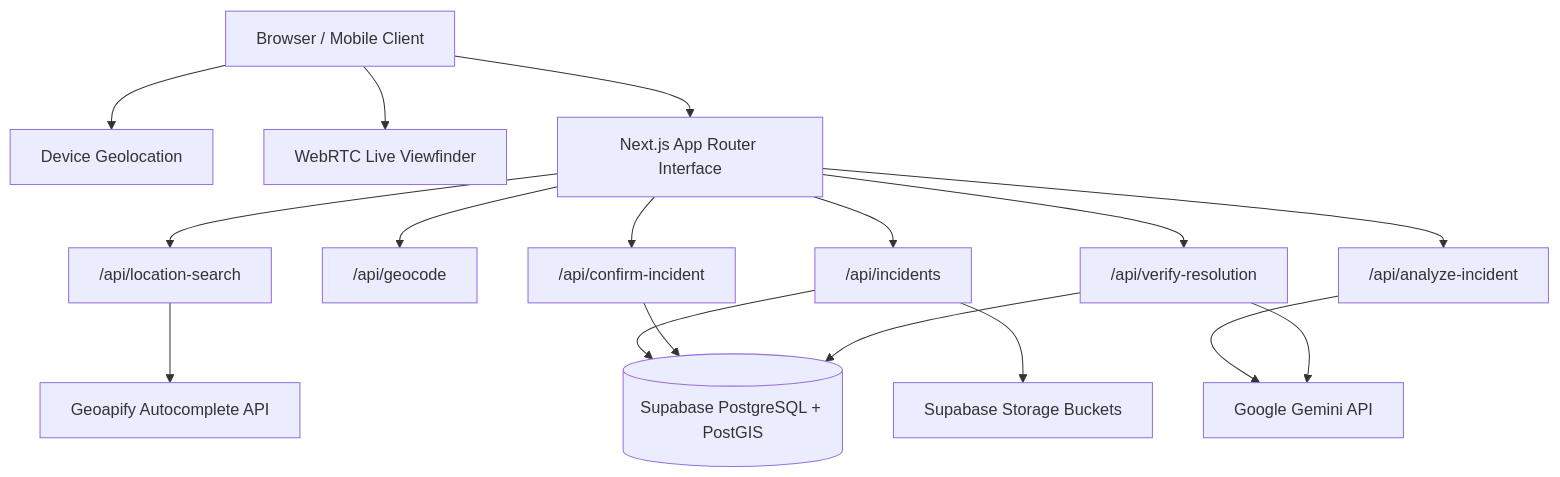
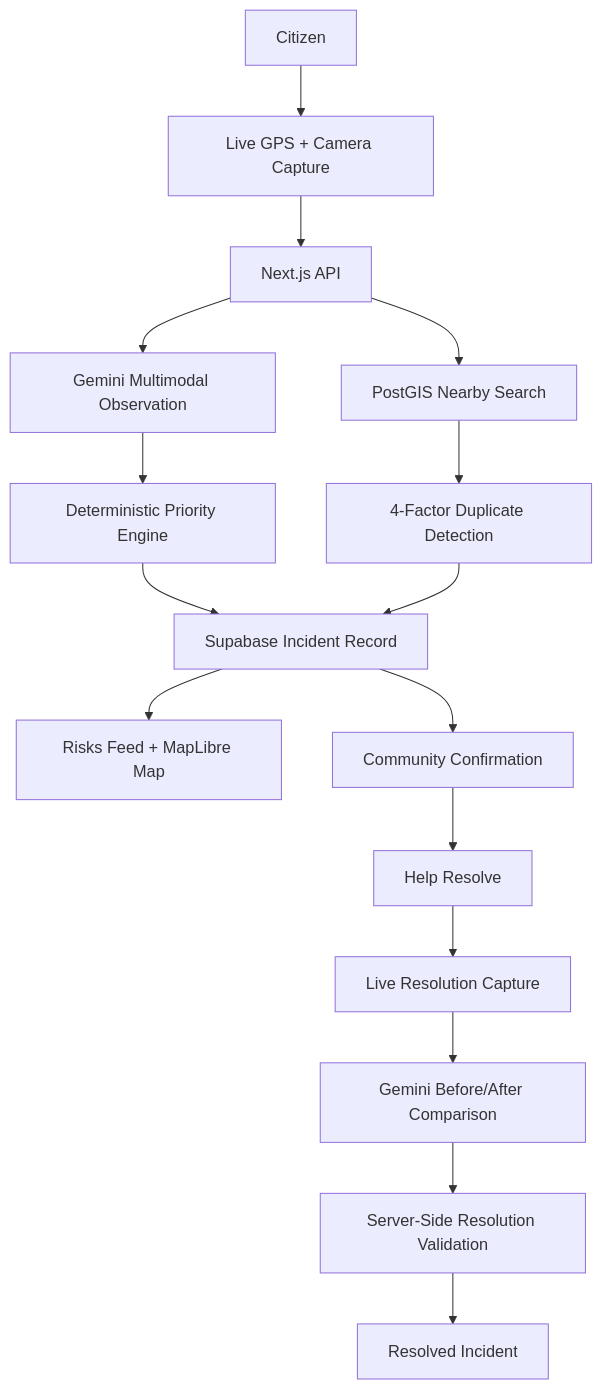
One commit to Itz-Nisanth/ProofFix changed the diagram in README.md. Above: the diagram before and after it, drawn with Mermaid. The commit also changed other lines of this file, not shown here.

Commit message:
Readme included

````diff
--- a/README.md
+++ b/README.md
@@ -112,22 +112,23 @@
 ```mermaid
 flowchart TD
-    Client["Browser / Mobile Client"] --> GPS["Device Geolocation"]
-    Client --> CAM["WebRTC Live Viewfinder"]
-    Client --> UI["Next.js App Router Interface"]
-
-    UI --> API_SEARCH["/api/location-search"]
-    UI --> API_GEO["/api/geocode"]
-    UI --> API_INC["/api/incidents"]
-    UI --> API_AI["/api/analyze-incident"]
-    UI --> API_CONF["/api/confirm-incident"]
-    UI --> API_RES["/api/verify-resolution"]
-
-    API_SEARCH --> GEOAPIFY["Geoapify Autocomplete API"]
-    API_AI --> GEMINI["Google Gemini API"]
-    API_RES --> GEMINI
-
-    API_INC --> SUPA_DB[("Supabase PostgreSQL + PostGIS")]
-    API_INC --> SUPA_STORAGE["Supabase Storage Buckets"]
-    API_CONF --> SUPA_DB
-    API_RES --> SUPA_DB
+    Citizen["Citizen"] --> Capture["Live GPS + Camera Capture"]
+    Capture --> API["Next.js API"]
+    
+    API --> Gemini["Gemini Multimodal Observation"]
+    API --> PostGIS["PostGIS Nearby Search"]
+    
+    Gemini --> Priority["Deterministic Priority Engine"]
+    PostGIS --> Duplicate["4-Factor Duplicate Detection"]
+    
+    Priority --> Incident["Supabase Incident Record"]
+    Duplicate --> Incident
+    
+    Incident --> Discovery["Risks Feed + MapLibre Map"]
+    Incident --> Confirmation["Community Confirmation"]
+    
+    Confirmation --> Resolve["Help Resolve"]
+    Resolve --> ResCapture["Live Resolution Capture"]
+    ResCapture --> ResGemini["Gemini Before/After Comparison"]
+    ResGemini --> Validation["Server-Side Resolution Validation"]
+    Validation --> Resolved["Resolved Incident"]
 ```
````
